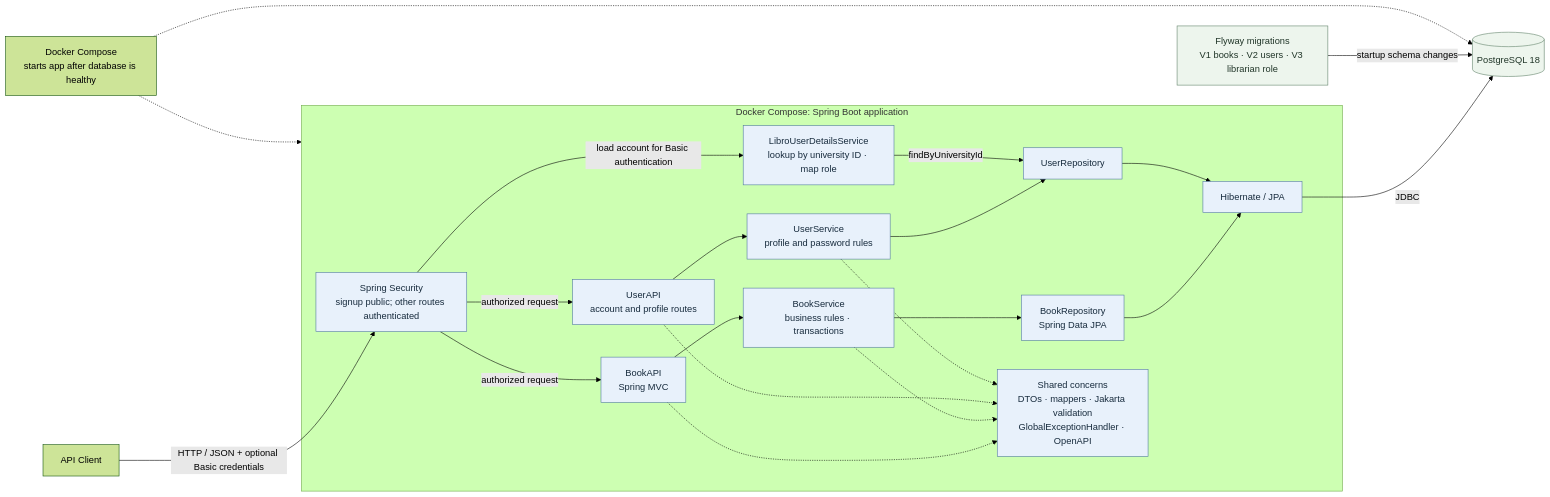
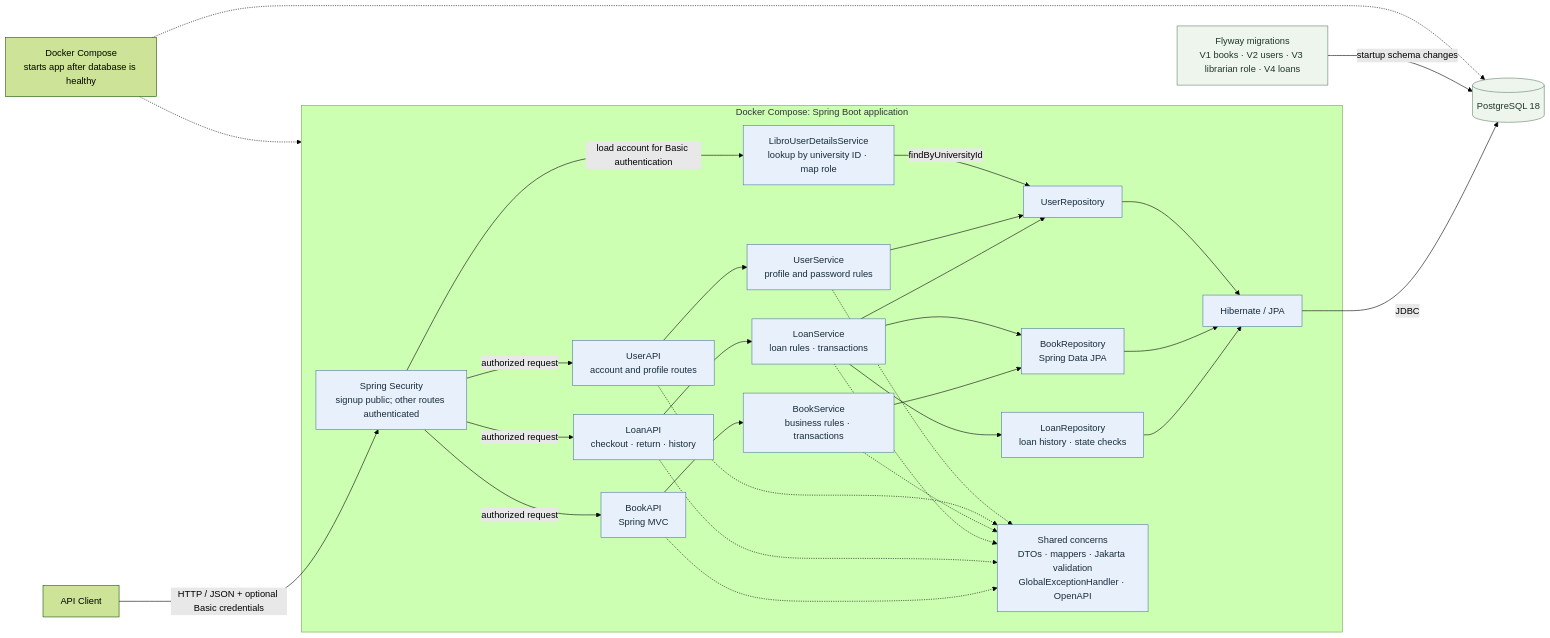
The first of 6 diagrams in data/readmes/kyledelfin2006__libro-library-system.md (zqf20096327/dbhub_collect), drawn with Mermaid (forest theme) before and after one commit. The commit also changed other lines of this file and 523 other files, not shown here.

````diff
--- a/data/readmes/kyledelfin2006__libro-library-system.md
+++ b/data/readmes/kyledelfin2006__libro-library-system.md
@@ -91,30 +93,38 @@
 ```mermaid
 flowchart LR
     Client["API Client"] -->|HTTP / JSON + optional Basic credentials| Security["Spring Security<br/>signup public; other routes authenticated"]
     subgraph App["Docker Compose: Spring Boot application"]
         API["BookAPI<br/>Spring MVC"] --> Service["BookService<br/>business rules · transactions"]
         Service --> BookRepo["BookRepository<br/>Spring Data JPA"]
+        LoanAPI["LoanAPI<br/>checkout · return · history"] --> LoanService["LoanService<br/>loan rules · transactions"]
+        LoanService --> LoanRepo["LoanRepository<br/>loan history · state checks"]
+        LoanService --> BookRepo
+        LoanService --> UserRepo
+        LoanRepo --> ORM
         BookRepo --> ORM["Hibernate / JPA"]
         UserAPI["UserAPI<br/>account and profile routes"] --> User["UserService<br/>profile and password rules"]
         User --> UserRepo["UserRepository"]
         Security -->|load account for Basic authentication| UserDetails["LibroUserDetailsService<br/>lookup by university ID · map role"]
         UserDetails -->|findByUniversityId| UserRepo
         UserRepo --> ORM
         Shared["Shared concerns<br/>DTOs · mappers · Jakarta validation<br/>GlobalExceptionHandler · OpenAPI"]
         Security -->|authorized request| API
         Security -->|authorized request| UserAPI
+        Security -->|authorized request| LoanAPI
         API -.-> Shared
+        LoanAPI -.-> Shared
+        LoanService -.-> Shared
         Service -.-> Shared
         UserAPI -.-> Shared
         User -.-> Shared
     end
     ORM -->|JDBC| DB[("PostgreSQL 18")]
-    Flyway["Flyway migrations<br/>V1 books · V2 users · V3 librarian role"] -->|startup schema changes| DB
+    Flyway["Flyway migrations<br/>V1 books · V2 users · V3 librarian role · V4 loans"] -->|startup schema changes| DB
     Compose["Docker Compose<br/>starts app after database is healthy"] -.-> App
     Compose -.-> DB
 
     classDef service fill:#e8f1fb,stroke:#5078a0,color:#172b3d
     classDef data fill:#edf5ed,stroke:#62836a,color:#203528
-    class API,Service,BookRepo,ORM,UserAPI,User,UserRepo,UserDetails,Shared,Security service
+    class API,Service,BookRepo,LoanAPI,LoanService,LoanRepo,ORM,UserAPI,User,UserRepo,UserDetails,Shared,Security service
     class DB,Flyway data
 ```
````
